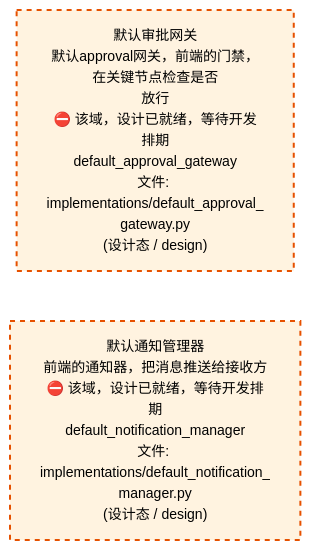
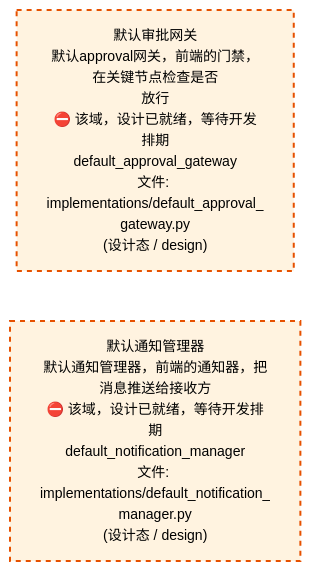
Before and after one commit to xuanFelixVan/ZephyrAlpha: the third of 4 diagrams in docs/02_enterprise_architecture/02_domain_architecture_docs/47_d_frontend.md, drawn with Mermaid. The commit also changed other lines of this file and 63 other files, not shown here.

````diff
--- a/docs/02_enterprise_architecture/02_domain_architecture_docs/47_d_frontend.md
+++ b/docs/02_enterprise_architecture/02_domain_architecture_docs/47_d_frontend.md
@@ -177,12 +177,12 @@
 ```mermaid
 %%{init: {'theme': 'base', 'themeVariables': {'primaryColor': '#eaeaea', 'primaryTextColor': '#333333', 'primaryBorderColor': '#666666', 'lineColor': '#666666', 'secondaryColor': '#eaeaea', 'tertiaryColor': '#eaeaea', 'fontSize': '14px'}}}%%
 flowchart TD
     src_zephyr_frontend_implementations_default_approval_gateway_py["默认审批网关<br/>默认approval网关，前端的门禁，在关键节点检查是否<br/>放行<br/>⛔ 该域，设计已就绪，等待开发排期<br/>default_approval_gateway<br/>文件: implementations/default_approval_<br/>gateway.py<br/>(设计态 / design)"]
-    src_zephyr_frontend_implementations_default_notification_manager_py["默认通知管理器<br/>前端的通知器，把消息推送给接收方<br/>⛔ 该域，设计已就绪，等待开发排期<br/>default_notification_manager<br/>文件: implementations/default_notification_<br/>manager.py<br/>(设计态 / design)"]
+    src_zephyr_frontend_implementations_default_notification_manager_py["默认通知管理器<br/>默认通知管理器，前端的通知器，把消息推送给接收方<br/>⛔ 该域，设计已就绪，等待开发排期<br/>default_notification_manager<br/>文件: implementations/default_notification_<br/>manager.py<br/>(设计态 / design)"]
     src_zephyr_frontend_implementations_default_approval_gateway_py ~~~ src_zephyr_frontend_implementations_default_notification_manager_py
     classDef production fill:#e1f5fe,stroke:#01579b,stroke-width:2px,color:#000
     classDef design fill:#fff3e0,stroke:#e65100,stroke-width:2px,color:#000,stroke-dasharray: 5 5
     classDef external_prod fill:#e8f4fd,stroke:#0277bd,stroke-width:1px,color:#000
     classDef external_design fill:#fff8e7,stroke:#ef6c00,stroke-width:1px,color:#000,stroke-dasharray: 5 5
     class src_zephyr_frontend_implementations_default_approval_gateway_py,src_zephyr_frontend_implementations_default_notification_manager_py design
 ```
````
